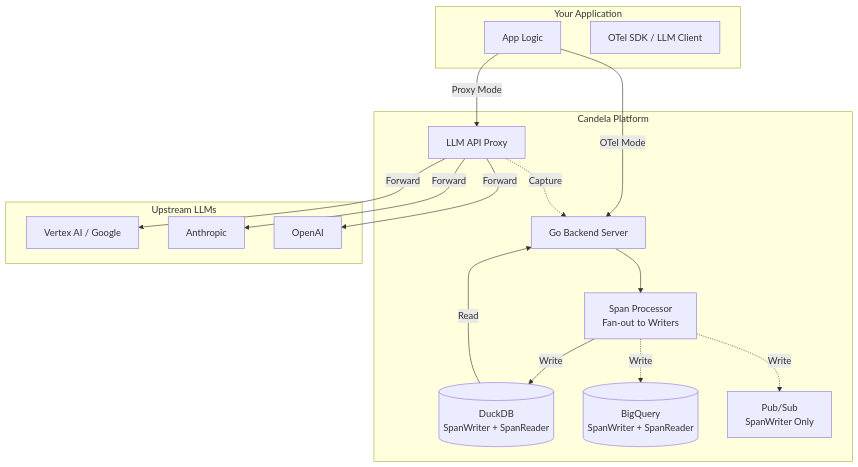
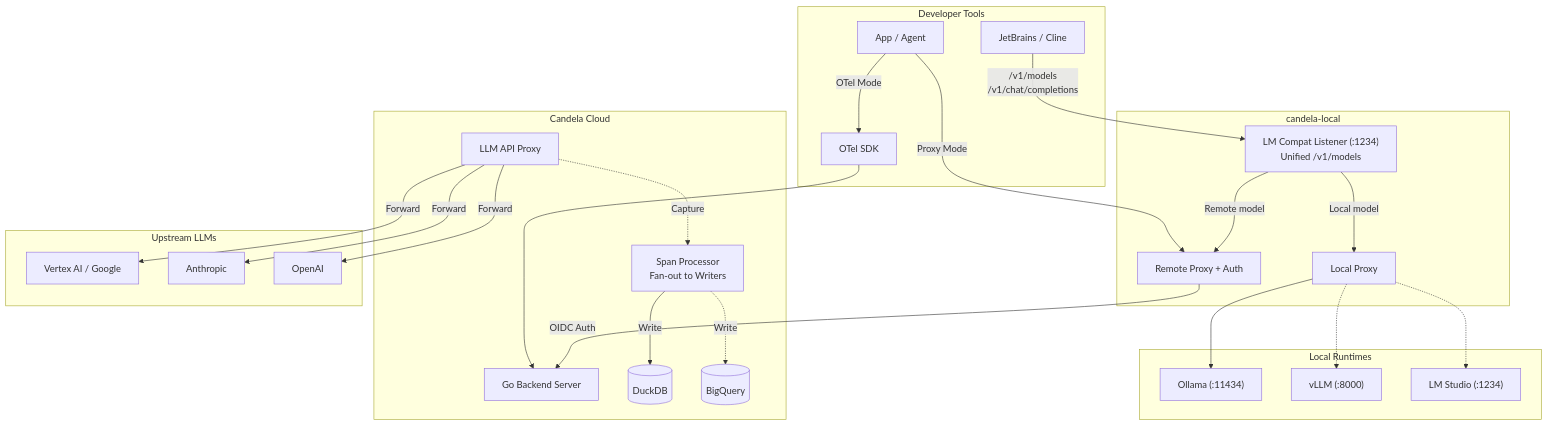
Before and after one commit to candelahq/candela: the diagram in README.md, drawn with Mermaid. The commit also changed other lines of this file and 4 other files, not shown here.

First line of the commit message:
feat: unified model discovery — merge local + remote in /v1/models (#48)

````diff
--- a/README.md
+++ b/README.md
@@ -104,34 +104,50 @@
 ```mermaid
 graph TD
-    subgraph "Your Application"
-        App[App Logic]
-        SDK[OTel SDK / LLM Client]
+    subgraph "Developer Tools"
+        JB[JetBrains / Cline]
+        App[App / Agent]
+        SDK[OTel SDK]
     end
 
-    subgraph "Candela Platform"
+    subgraph "candela-local"
+        LM["LM Compat Listener (:1234)<br/>Unified /v1/models"]
+        LP[Local Proxy]
+        RP[Remote Proxy + Auth]
+    end
+
+    subgraph "Local Runtimes"
+        Ollama["Ollama (:11434)"]
+        VLLM["vLLM (:8000)"]
+        LMS["LM Studio (:1234)"]
+    end
+
+    subgraph "Candela Cloud"
+        Server[Go Backend Server]
         Proxy[LLM API Proxy]
-        Server[Go Backend Server]
         Processor[Span Processor<br/>Fan-out to Writers]
-        DuckDB[(DuckDB<br/>SpanWriter + SpanReader)]
-        BQ[(BigQuery<br/>SpanWriter + SpanReader)]
-        PubSub[Pub/Sub<br/>SpanWriter Only]
+        DuckDB[(DuckDB)]
+        BQ[(BigQuery)]
     end
 
     subgraph "Upstream LLMs"
         VAI[Vertex AI / Google]
         ANT[Anthropic]
         OAI[OpenAI]
     end
 
-    App -->|Proxy Mode| Proxy
-    App -->|OTel Mode| Server
+    JB -->|/v1/models<br/>/v1/chat/completions| LM
+    LM -->|Local model| LP
+    LM -->|Remote model| RP
+    LP --> Ollama
+    LP -.-> VLLM
+    LP -.-> LMS
+    RP -->|OIDC Auth| Server
+    App -->|Proxy Mode| RP
+    App -->|OTel Mode| SDK --> Server
     Proxy -->|Forward| VAI
     Proxy -->|Forward| ANT
     Proxy -->|Forward| OAI
-    Proxy -.->|Capture| Server
-    Server --> Processor
+    Proxy -.->|Capture| Processor
     Processor -->|Write| DuckDB
     Processor -.->|Write| BQ
-    Processor -.->|Write| PubSub
-    DuckDB -->|Read| Server
 ```
````
